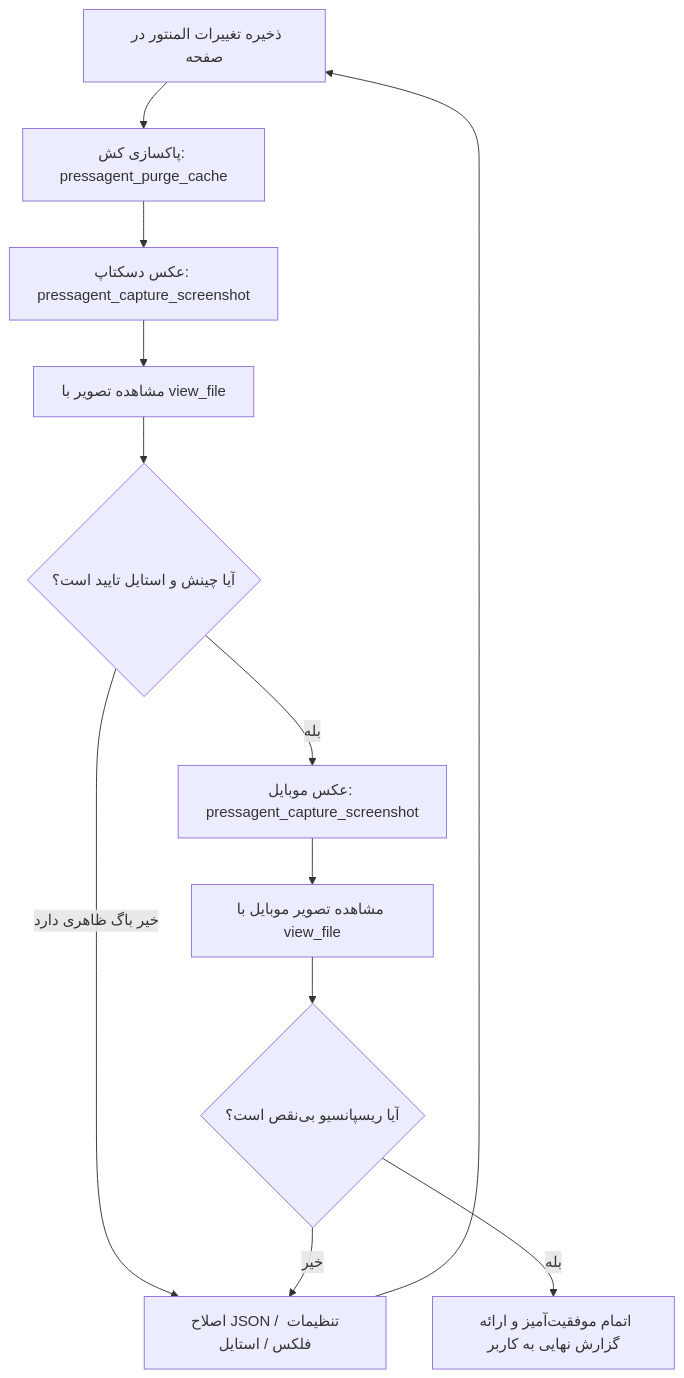
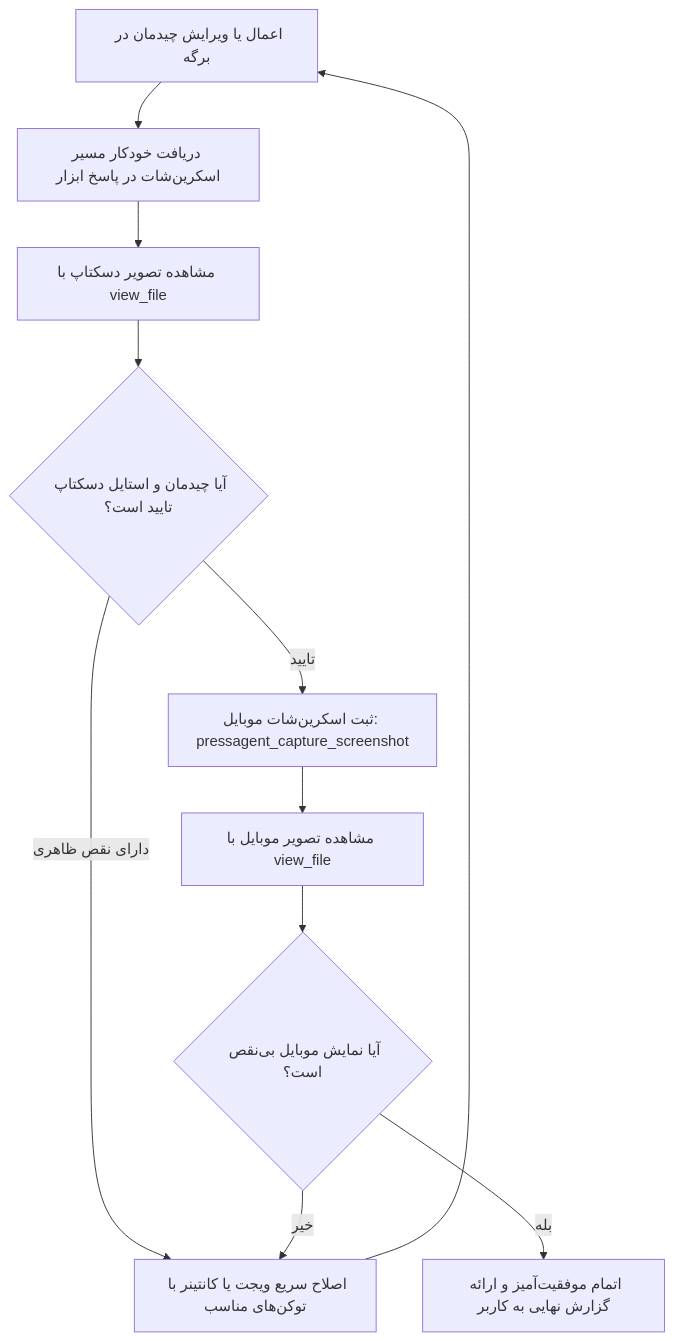
Before and after one commit to Noctis-Architect/press-agent: the diagram in skills/elementor-visual-inspector/SKILL.md, drawn with Mermaid. The commit also changed other lines of this file and 15 other files, not shown here.

First line of the commit message:
feat(elementor): typed token schema, validation, kit endpoint and auto visual QA

````diff
--- a/skills/elementor-visual-inspector/SKILL.md
+++ b/skills/elementor-visual-inspector/SKILL.md
@@ -23,14 +17,13 @@
 ```mermaid
 flowchart TD
-    A[ذخیره تغییرات المنتور در صفحه] --> B[پاکسازی کش: pressagent_purge_cache]
-    B --> C[عکس دسکتاپ: pressagent_capture_screenshot]
-    C --> D[مشاهده تصویر با view_file]
-    D --> E{آیا چینش و استایل تایید است؟}
-    E -- خیر باگ ظاهری دارد --> F[اصلاح JSON / تنظیمات فلکس / استایل]
-    F --> A
-    E -- بله --> G[عکس موبایل: pressagent_capture_screenshot]
-    G --> H[مشاهده تصویر موبایل با view_file]
-    H --> I{آیا ریسپانسیو بی‌نقص است؟}
-    I -- خیر --> F
-    I -- بله --> J[اتمام موفقیت‌آمیز و ارائه گزارش نهایی به کاربر]
+    A[اعمال یا ویرایش چیدمان در برگه] --> B[دریافت خودکار مسیر اسکرین‌شات در پاسخ ابزار]
+    B --> C[مشاهده تصویر دسکتاپ با view_file]
+    C --> D{آیا چیدمان و استایل دسکتاپ تایید است؟}
+    D -- دارای نقص ظاهری --> E[اصلاح سریع ویجت یا کانتینر با توکن‌های مناسب]
+    E --> A
+    D -- تایید --> F[ثبت اسکرین‌شات موبایل: pressagent_capture_screenshot]
+    F --> G[مشاهده تصویر موبایل با view_file]
+    G --> H{آیا نمایش موبایل بی‌نقص است؟}
+    H -- خیر --> E
+    H -- بله --> I[اتمام موفقیت‌آمیز و ارائه گزارش نهایی به کاربر]
 ```
````
